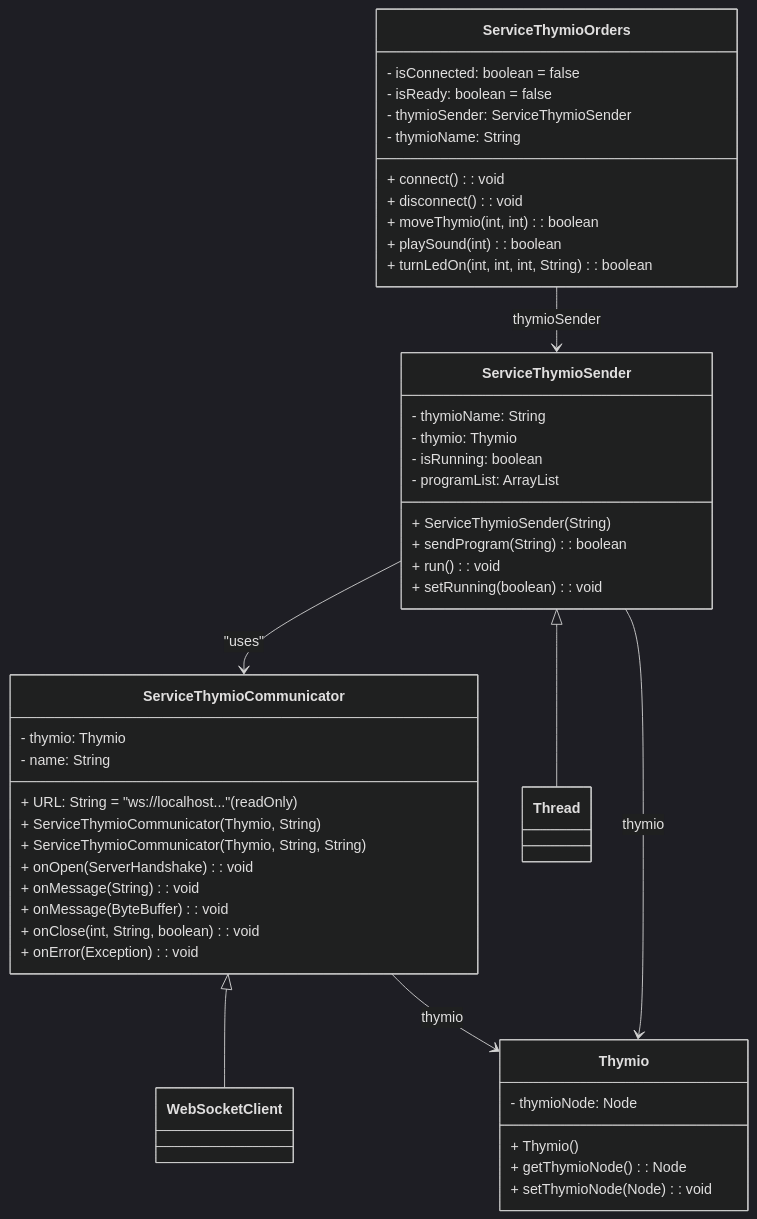
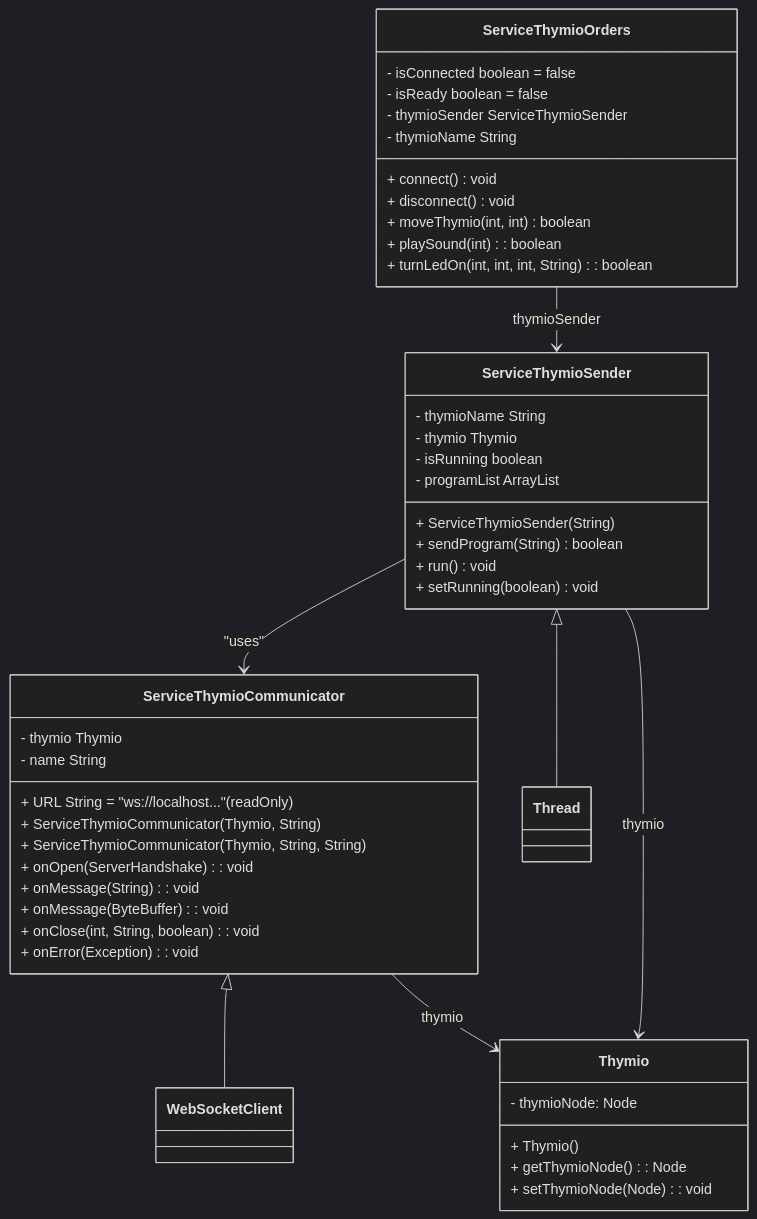
Before and after one commit to emf-info/EMFThymioJava: the diagram in README.md, drawn with Mermaid (dark theme).

````diff
--- a/README.md
+++ b/README.md
@@ -39,58 +39,58 @@
 ```mermaid
 classDiagram
     class ServiceThymioOrders {
-        - isConnected: boolean = false
-        - isReady: boolean = false
-        - thymioSender: ServiceThymioSender
-        - thymioName: String
-        + connect(): void
-        + disconnect(): void
-        + moveThymio(int, int): boolean
+        - isConnected boolean = false
+        - isReady boolean = false
+        - thymioSender ServiceThymioSender
+        - thymioName String
+        + connect() void
+        + disconnect() void
+        + moveThymio(int, int) boolean
         + playSound(int): boolean
         + turnLedOn(int, int, int, String): boolean
     }
 
     class ServiceThymioSender {
-        - thymioName: String
-        - thymio: Thymio
-        - isRunning: boolean
-        - programList: ArrayList<String>
+        - thymioName String
+        - thymio Thymio
+        - isRunning boolean
+        - programList ArrayList<String>
         + ServiceThymioSender(String)
-        + sendProgram(String): boolean
-        + run(): void
-        + setRunning(boolean): void
+        + sendProgram(String) boolean
+        + run() void
+        + setRunning(boolean) void
     }
 
     class ServiceThymioCommunicator {
-        + URL: String = "ws://localhost..." (readOnly)
-        - thymio: Thymio
-        - name: String
+        + URL String = "ws://localhost..." (readOnly)
+        - thymio Thymio
+        - name String
         + ServiceThymioCommunicator(Thymio, String)
         + ServiceThymioCommunicator(Thymio, String, String)
         + onOpen(ServerHandshake): void
         + onMessage(String): void
         + onMessage(ByteBuffer): void
         + onClose(int, String, boolean): void
         + onError(Exception): void
     }
 
     class WebSocketClient {
     }
 
     class Thread {
     }
 
     class Thymio {
         - thymioNode: Node
         + Thymio()
         + getThymioNode(): Node
         + setThymioNode(Node): void
     }
 
     ServiceThymioOrders --> ServiceThymioSender : thymioSender
     ServiceThymioSender <|-- Thread
     ServiceThymioCommunicator <|-- WebSocketClient
     ServiceThymioSender --> ServiceThymioCommunicator : "uses"
     ServiceThymioCommunicator --> Thymio : thymio
     ServiceThymioSender --> Thymio : thymio
 ```
````
